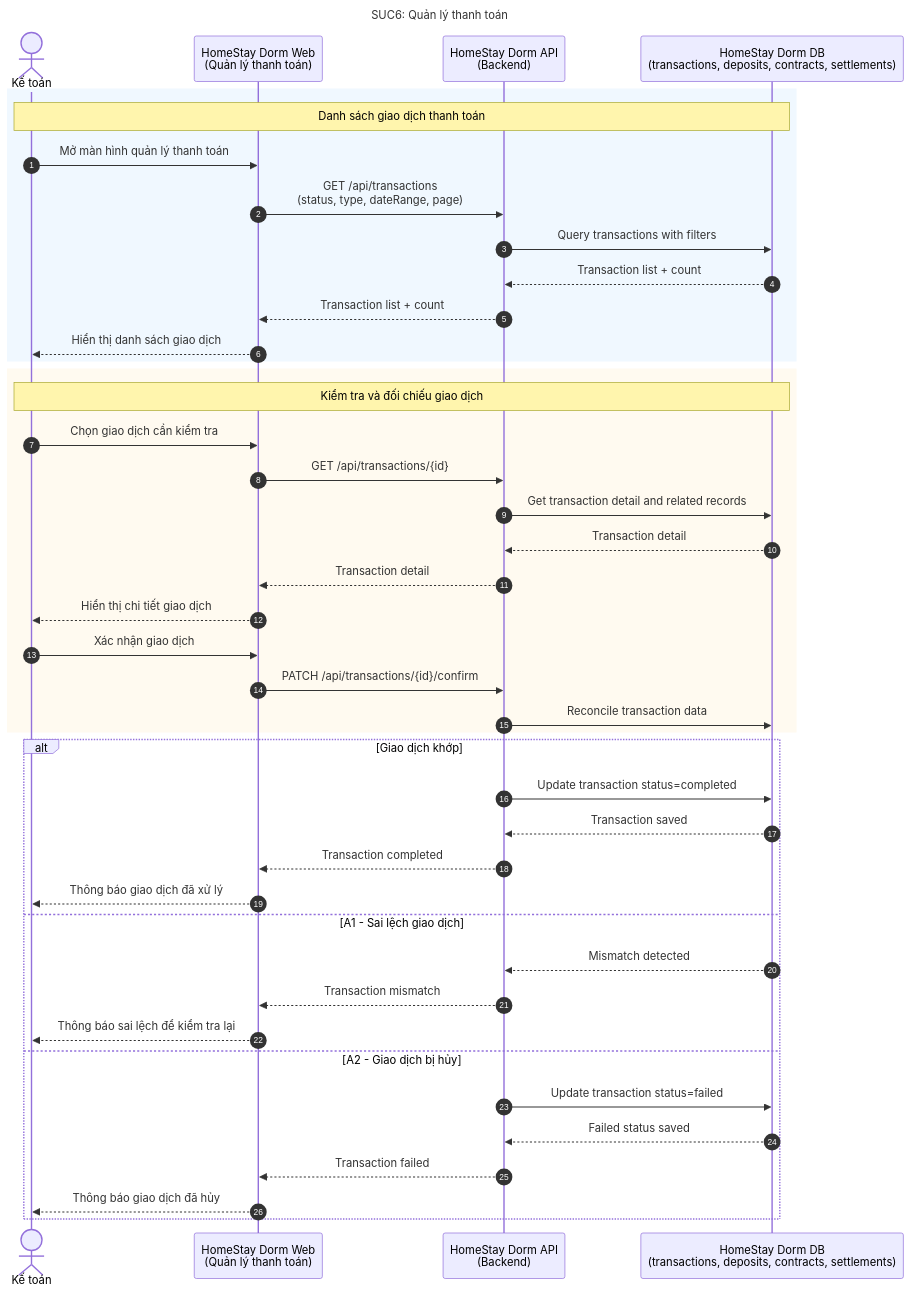
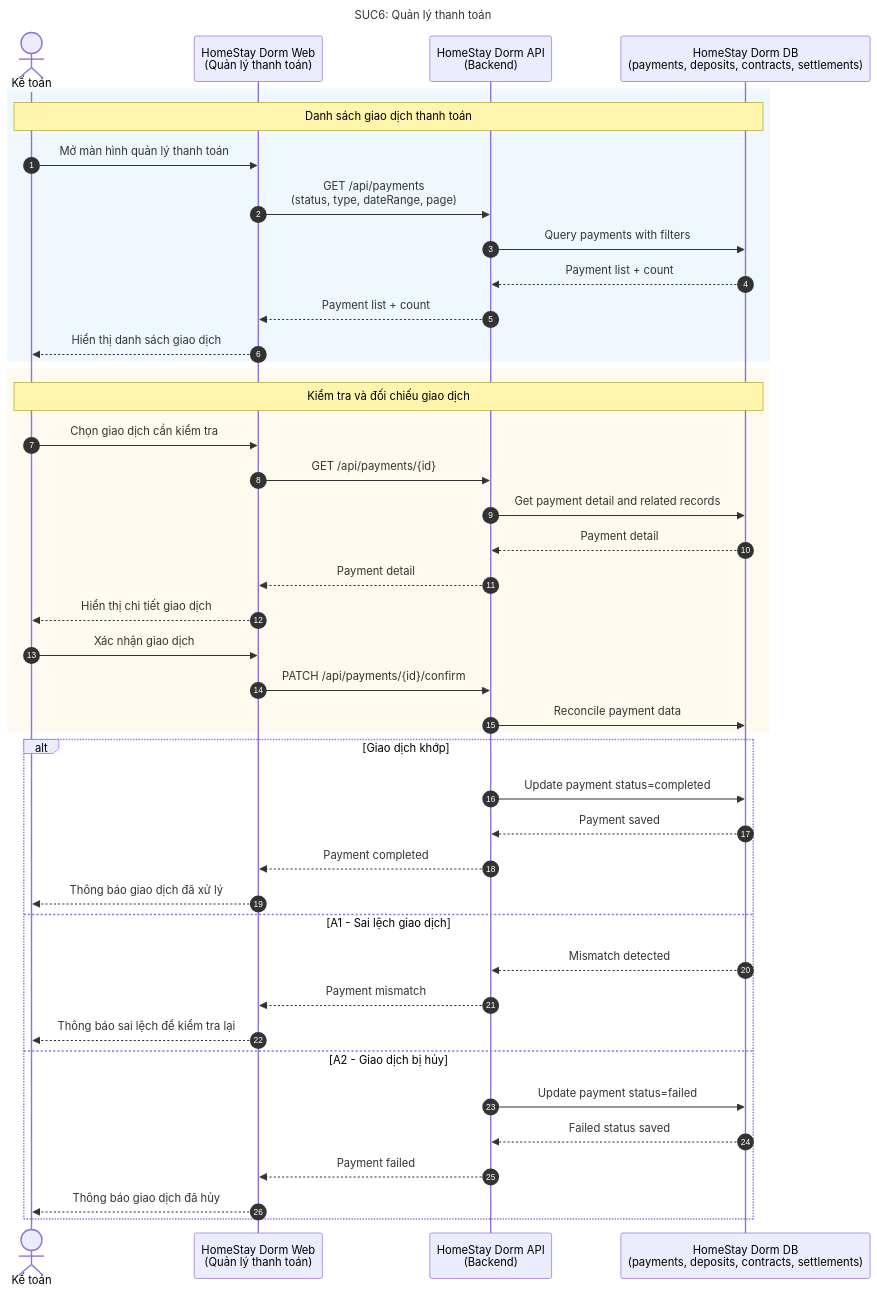
One commit to dinhdaivu/CSC12004_Information-Systems-Analysis-and-Design changed the diagram in docs/SUC/SUC06-quan-ly-thanh-toan.mmd. Above: the diagram before and after it, drawn with Mermaid. The commit also changed 30 other files, not shown here.

Commit message:
docs: change transactions to payments (#8)

```diff
--- a/docs/SUC/SUC06-quan-ly-thanh-toan.mmd
+++ b/docs/SUC/SUC06-quan-ly-thanh-toan.mmd
@@ -1,46 +1,46 @@
 sequenceDiagram
     title SUC6: Quản lý thanh toán
     autonumber
     actor A as Kế toán
     participant Web as HomeStay Dorm Web<br/>(Quản lý thanh toán)
     participant API as HomeStay Dorm API<br/>(Backend)
-    participant DB as HomeStay Dorm DB<br/>(transactions, deposits, contracts, settlements)
+    participant DB as HomeStay Dorm DB<br/>(payments, deposits, contracts, settlements)
 
     rect rgb(240, 248, 255)
         Note over A, DB: Danh sách giao dịch thanh toán
         A->>Web: Mở màn hình quản lý thanh toán
-        Web->>API: GET /api/transactions<br/>(status, type, dateRange, page)
-        API->>DB: Query transactions with filters
-        DB-->>API: Transaction list + count
-        API-->>Web: Transaction list + count
+        Web->>API: GET /api/payments<br/>(status, type, dateRange, page)
+        API->>DB: Query payments with filters
+        DB-->>API: Payment list + count
+        API-->>Web: Payment list + count
         Web-->>A: Hiển thị danh sách giao dịch
     end
 
     rect rgb(255, 250, 240)
         Note over A, DB: Kiểm tra và đối chiếu giao dịch
         A->>Web: Chọn giao dịch cần kiểm tra
-        Web->>API: GET /api/transactions/{id}
-        API->>DB: Get transaction detail and related records
-        DB-->>API: Transaction detail
-        API-->>Web: Transaction detail
+        Web->>API: GET /api/payments/{id}
+        API->>DB: Get payment detail and related records
+        DB-->>API: Payment detail
+        API-->>Web: Payment detail
         Web-->>A: Hiển thị chi tiết giao dịch
         A->>Web: Xác nhận giao dịch
-        Web->>API: PATCH /api/transactions/{id}/confirm
-        API->>DB: Reconcile transaction data
+        Web->>API: PATCH /api/payments/{id}/confirm
+        API->>DB: Reconcile payment data
     end
 
     alt Giao dịch khớp
-        API->>DB: Update transaction status=completed
-        DB-->>API: Transaction saved
-        API-->>Web: Transaction completed
+        API->>DB: Update payment status=completed
+        DB-->>API: Payment saved
+        API-->>Web: Payment completed
         Web-->>A: Thông báo giao dịch đã xử lý
     else A1 - Sai lệch giao dịch
         DB-->>API: Mismatch detected
-        API-->>Web: Transaction mismatch
+        API-->>Web: Payment mismatch
         Web-->>A: Thông báo sai lệch để kiểm tra lại
     else A2 - Giao dịch bị hủy
-        API->>DB: Update transaction status=failed
+        API->>DB: Update payment status=failed
         DB-->>API: Failed status saved
-        API-->>Web: Transaction failed
+        API-->>Web: Payment failed
         Web-->>A: Thông báo giao dịch đã hủy
     end
```
